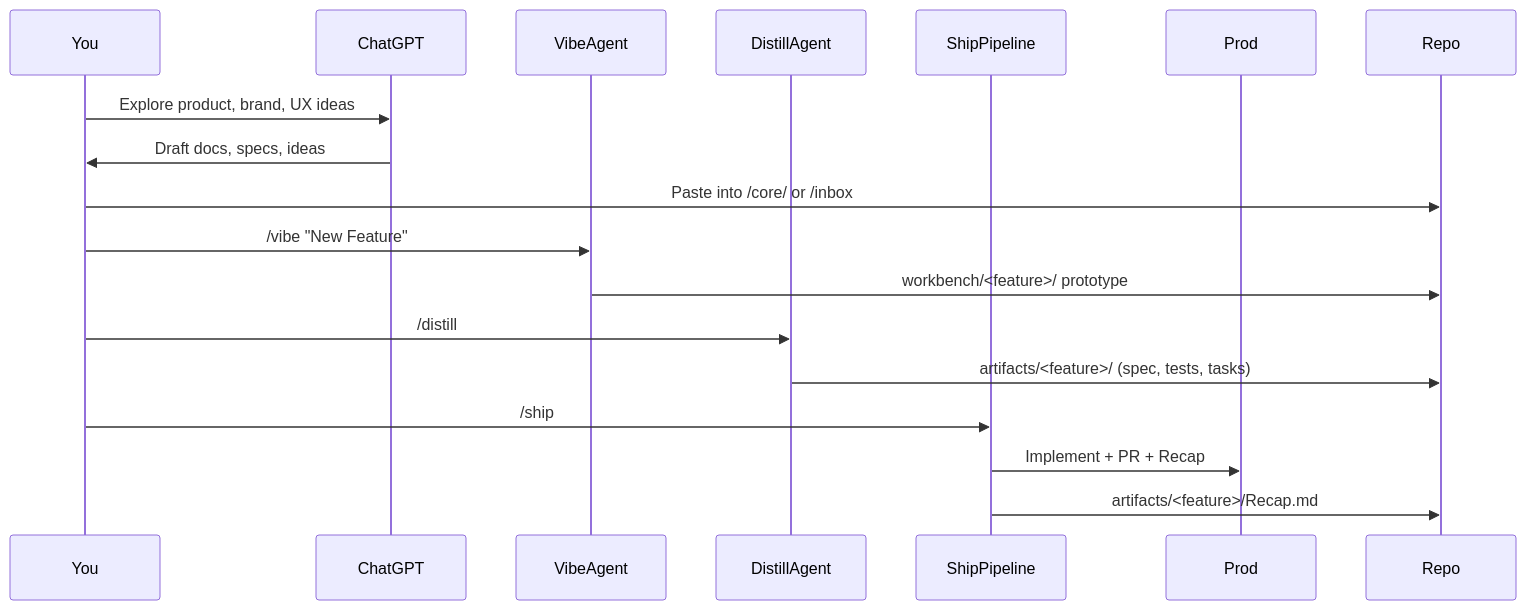
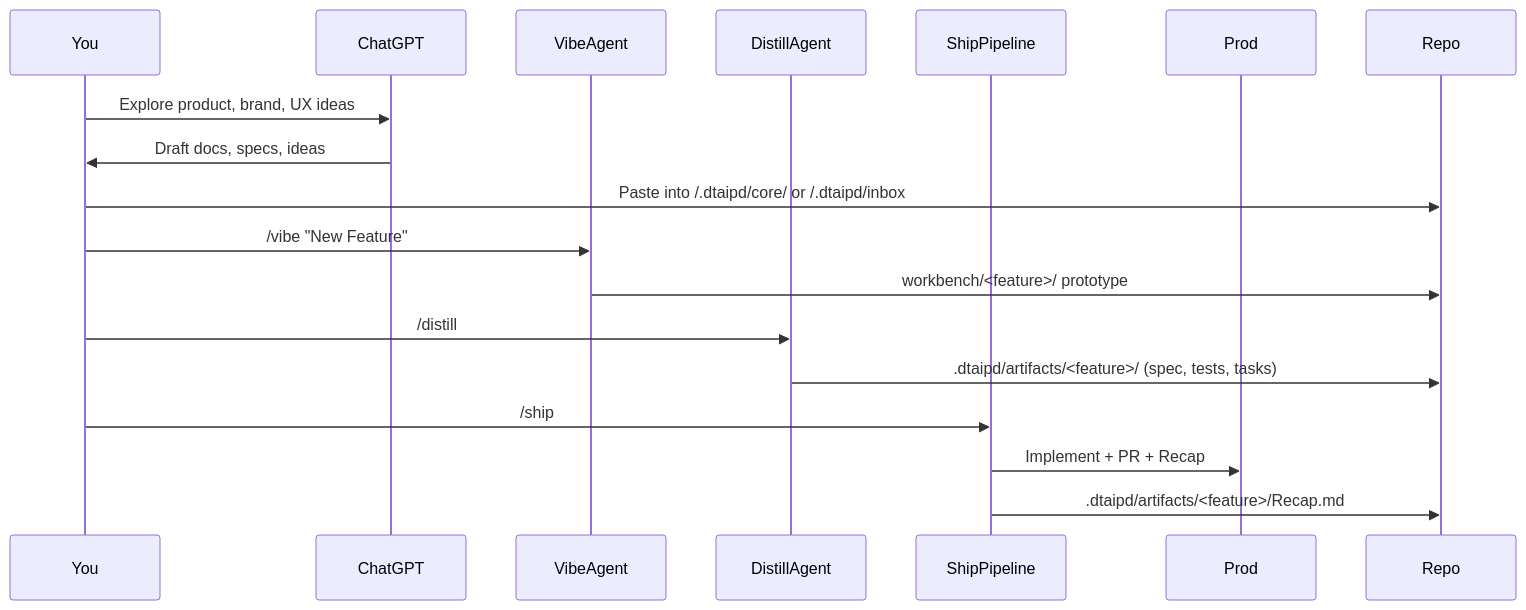
One commit to michaelhejazi/dual-track-AIPD changed the second of 2 diagrams in README.md. Above: the diagram before and after it, drawn with Mermaid. The commit also changed other lines of this file and 16 other files, not shown here.

````diff
--- a/README.md
+++ b/README.md
@@ -142,20 +143,20 @@
 ```mermaid
 sequenceDiagram
     participant You
     participant ChatGPT
     participant VibeAgent
     participant DistillAgent
     participant ShipPipeline
     participant Prod
 
     You->>ChatGPT: Explore product, brand, UX ideas
     ChatGPT->>You: Draft docs, specs, ideas
-    You->>Repo: Paste into /core/ or /inbox
+    You->>Repo: Paste into /.dtaipd/core/ or /.dtaipd/inbox
     You->>VibeAgent: /vibe "New Feature"
     VibeAgent->>Repo: workbench/<feature>/ prototype
     You->>DistillAgent: /distill
-    DistillAgent->>Repo: artifacts/<feature>/ (spec, tests, tasks)
+    DistillAgent->>Repo: .dtaipd/artifacts/<feature>/ (spec, tests, tasks)
     You->>ShipPipeline: /ship
     ShipPipeline->>Prod: Implement + PR + Recap
-    ShipPipeline->>Repo: artifacts/<feature>/Recap.md
+    ShipPipeline->>Repo: .dtaipd/artifacts/<feature>/Recap.md
 ```
````
